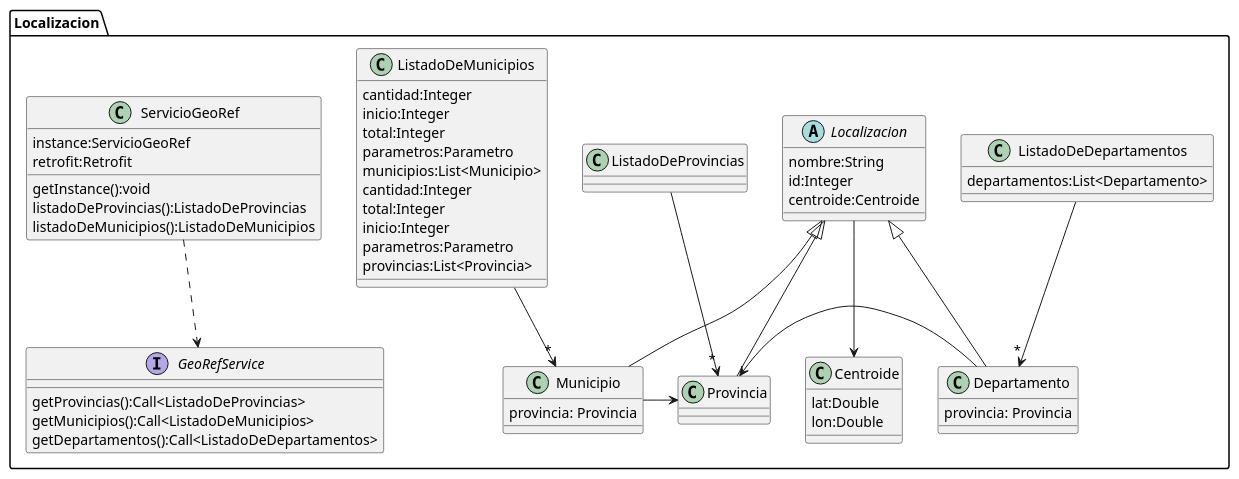
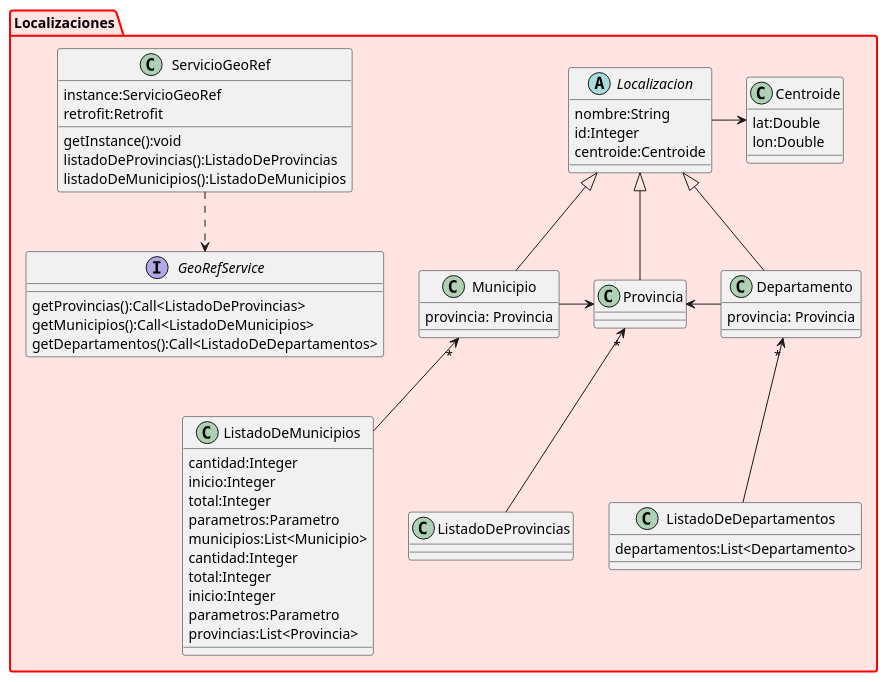
One commit to tomidandrea/TPA-DDS-2023 changed the diagram in Entrega-3/out/localizacion.puml. Above: the diagram before and after it, drawn with PlantUML. The commit also changed 9 other files, not shown here.

Commit message:
Ordeno diagrama de clases

```diff
--- a/Entrega-3/out/localizacion.puml
+++ b/Entrega-3/out/localizacion.puml
@@ -1,77 +1,76 @@
 @startuml
 'https://plantuml.com/class-diagram
 
-package Localizacion{
-
+package Localizaciones #back:mistyrose;line:Red;line.bold{
     abstract class Localizacion {
         nombre:String
         id:Integer
         centroide:Centroide
     }
 
     class Municipio{
         provincia: Provincia
     }
 
     class Provincia{}
 
     class Departamento{
         provincia: Provincia
     }
 
     class Centroide{
         lat:Double
         lon:Double
     }
 
     class ListadoDeDepartamentos {
         departamentos:List<Departamento>
     }
 
     class ListadoDeMunicipios {
         cantidad:Integer
         inicio:Integer
         total:Integer
         parametros:Parametro
         municipios:List<Municipio>
     }
 
     class ListadoDeMunicipios {
         cantidad:Integer
         total:Integer
         inicio:Integer
         parametros:Parametro
         provincias:List<Provincia>
     }
 
     interface GeoRefService {
 
         getProvincias():Call<ListadoDeProvincias>
         getMunicipios():Call<ListadoDeMunicipios>
         getDepartamentos():Call<ListadoDeDepartamentos>
     }
 
     class ServicioGeoRef {
         instance:ServicioGeoRef
         retrofit:Retrofit
 
         getInstance():void
         listadoDeProvincias():ListadoDeProvincias
         listadoDeMunicipios():ListadoDeMunicipios
     }
 
     Municipio-up-|>Localizacion
     Provincia-up-|>Localizacion
     Departamento-up-|>Localizacion
     Municipio-right->Provincia
     Departamento-left->Provincia
-    Localizacion-->Centroide
+    Localizacion-right->Centroide
 
-    ListadoDeMunicipios-->"*"Municipio
-    ListadoDeProvincias-->"*"Provincia
-    ListadoDeDepartamentos-->"*"Departamento
+    ListadoDeMunicipios-up->"*"Municipio
+    ListadoDeProvincias-up->"*"Provincia
+    ListadoDeDepartamentos-up->"*"Departamento
 
     ServicioGeoRef..>GeoRefService
 }
 
 @enduml
```
